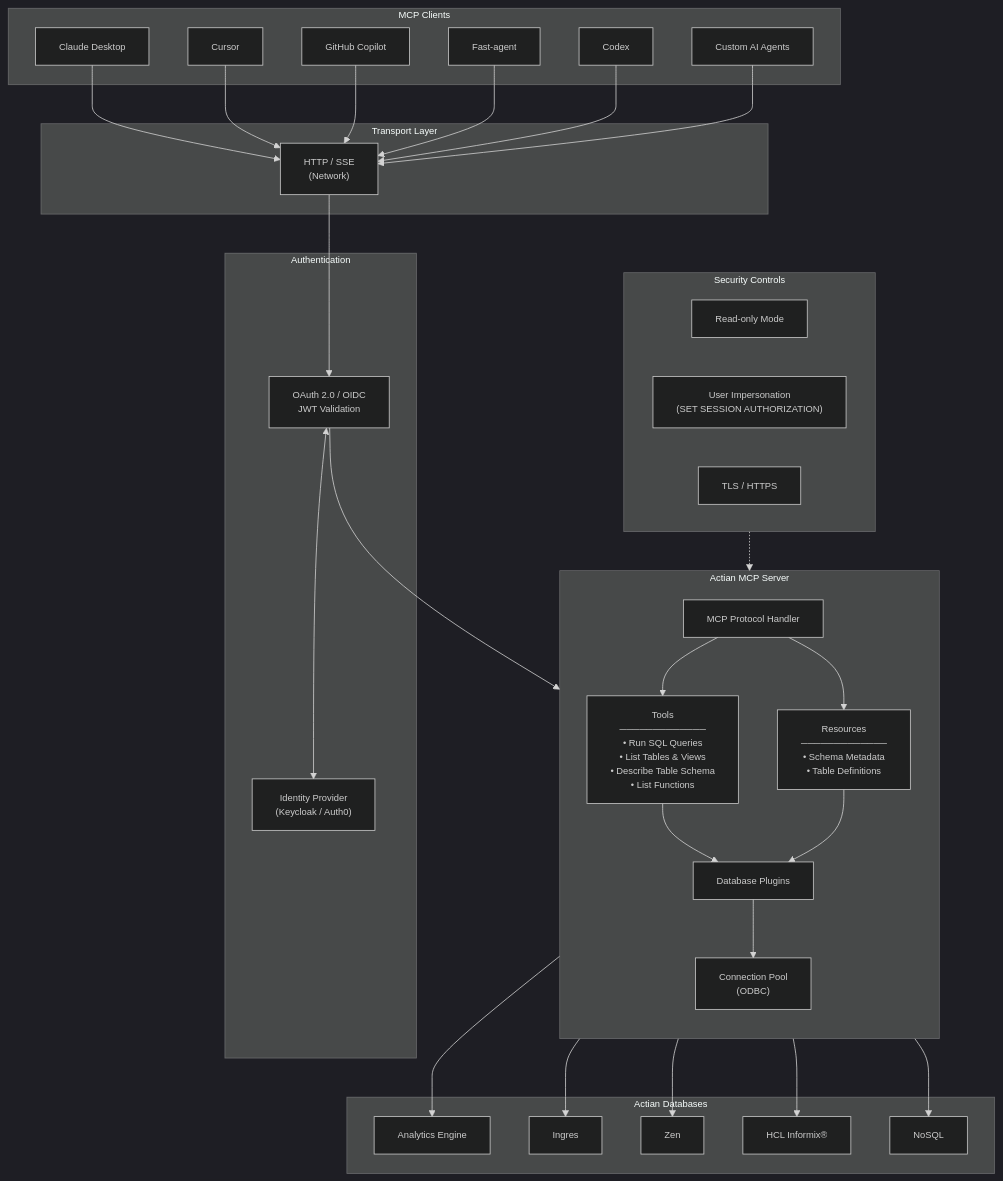
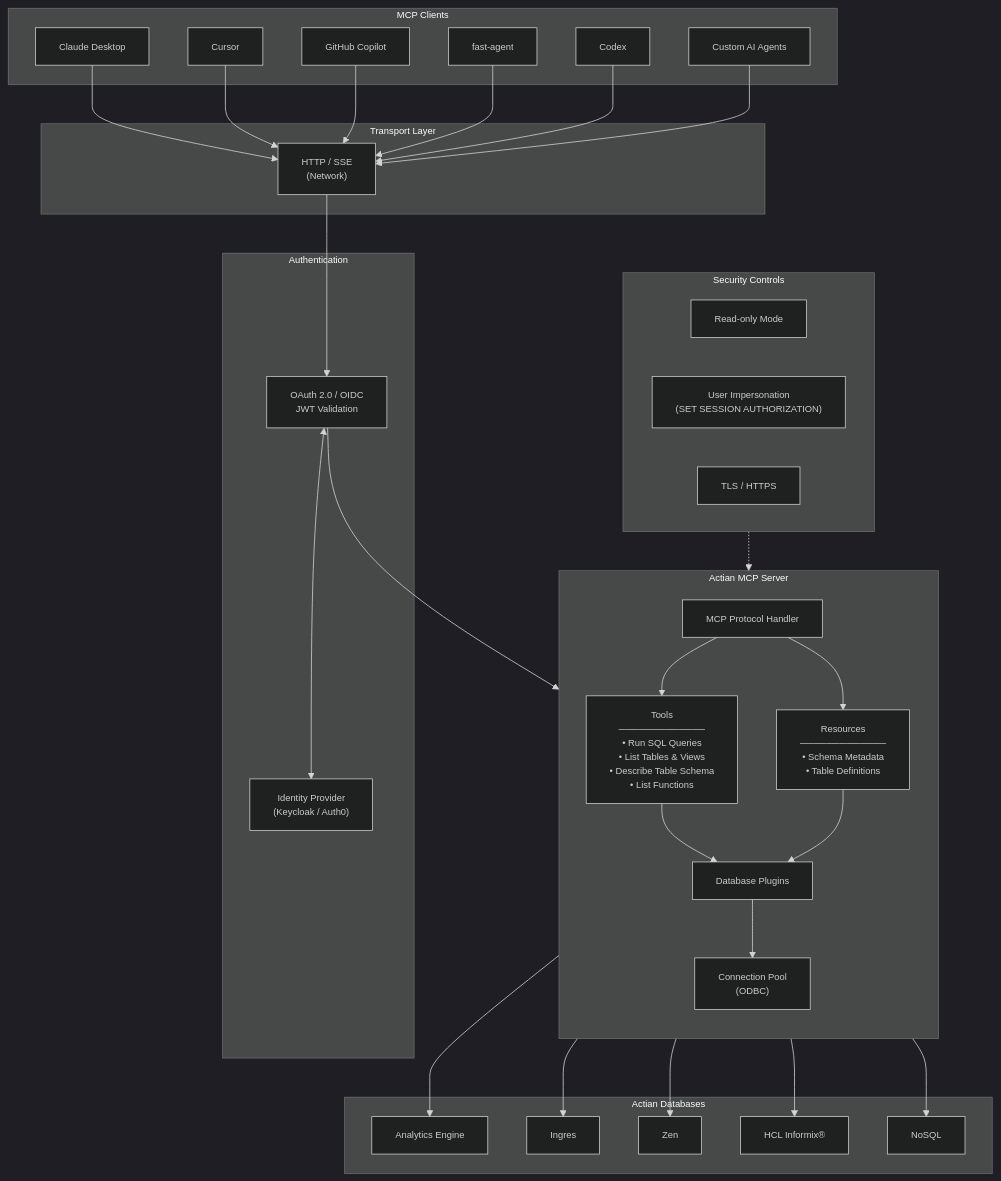
The first of 2 diagrams in docs/intro/index.md (ActianCorp/mcp-server-docs), drawn with Mermaid before and after one commit. The commit also changed other lines of this file, not shown here.

````diff
--- a/docs/intro/index.md
+++ b/docs/intro/index.md
@@ -37,71 +37,71 @@
 ```mermaid
 %%{init: {'theme': 'dark', 'themeVariables': {'fontSize': '12px', 'fontFamily': 'arial'}}}%%
 flowchart TB
     subgraph Clients["MCP Clients"]
         claude["Claude Desktop"]
         cursor["Cursor"]
         copilot["GitHub Copilot"]
-        fastagent["Fast-agent"]
+        fastagent["fast-agent"]
         codex["Codex"]
         custom["Custom AI Agents"]
     end
 
     subgraph Transport["Transport Layer"]
         http["HTTP / SSE
 (Network)"]
     end
 
     subgraph Auth["Authentication"]
         idp["Identity Provider
 (Keycloak / Auth0)"]
         oauth["OAuth 2.0 / OIDC
 JWT Validation"]
     end
 
     subgraph MCP["Actian MCP Server"]
         direction TB
         core["MCP Protocol Handler"]
         tools["Tools
 ─────────────
 • Run SQL Queries
 • List Tables & Views
 • Describe Table Schema
 • List Functions"]
         resources["Resources
 ─────────────
 • Schema Metadata
 • Table Definitions"]
         plugins["Database Plugins"]
         pool["Connection Pool
 (ODBC)"]
     end
 
     subgraph Databases["Actian Databases"]
         ae["Analytics Engine"]
         ingres["Ingres"]
         zen["Zen"]
         informix["HCL Informix®"]
         nosql["NoSQL"]
     end
 
     subgraph Security["Security Controls"]
         readonly["Read-only Mode"]
         impersonation["User Impersonation
 (SET SESSION AUTHORIZATION)"]
         tls["TLS / HTTPS"]
     end
 
     claude & cursor & copilot & fastagent & codex & custom --> http
 
     http --> oauth
     oauth <--> idp
     oauth --> core
 
     core --> tools & resources
     tools & resources --> plugins
     plugins --> pool
 
     pool --> ae & ingres & zen & informix & nosql
 
     Security -.-> MCP
 ```
````
